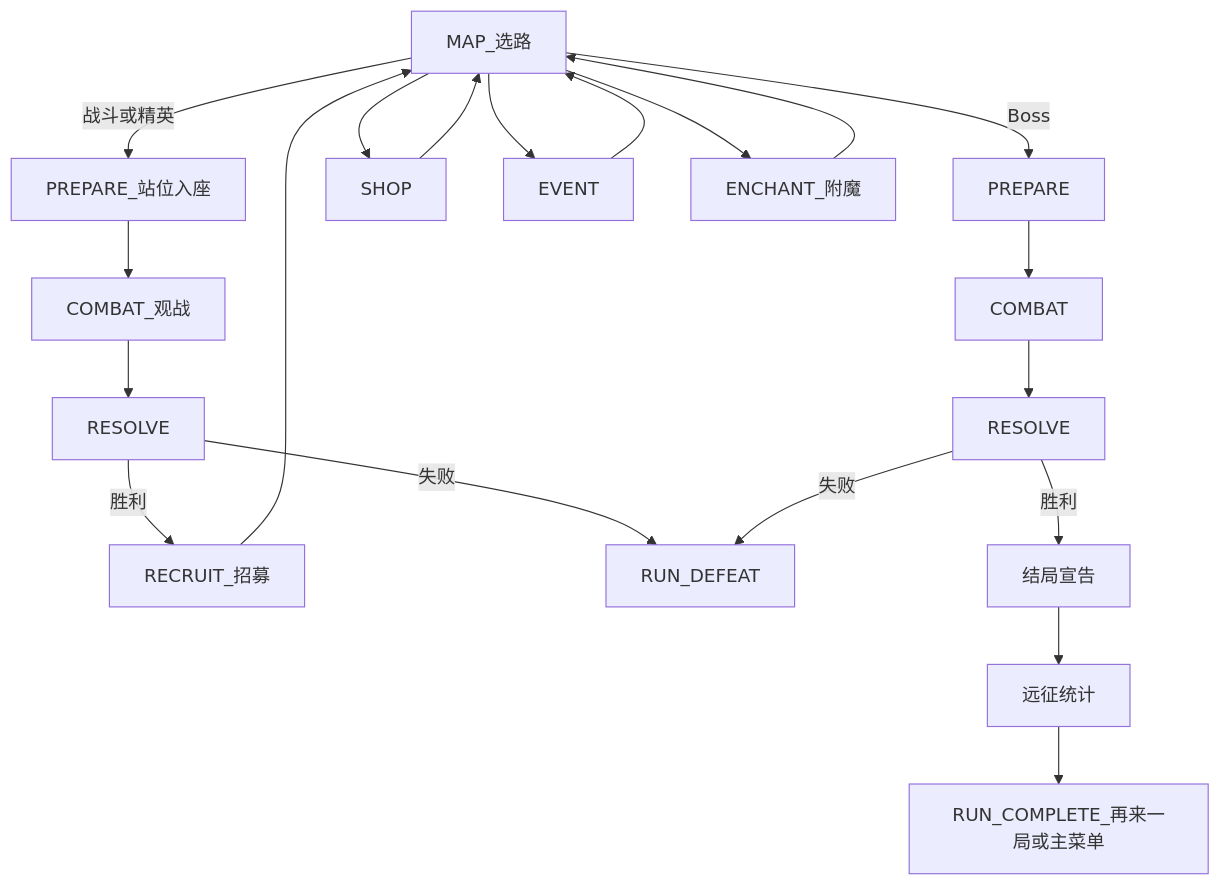
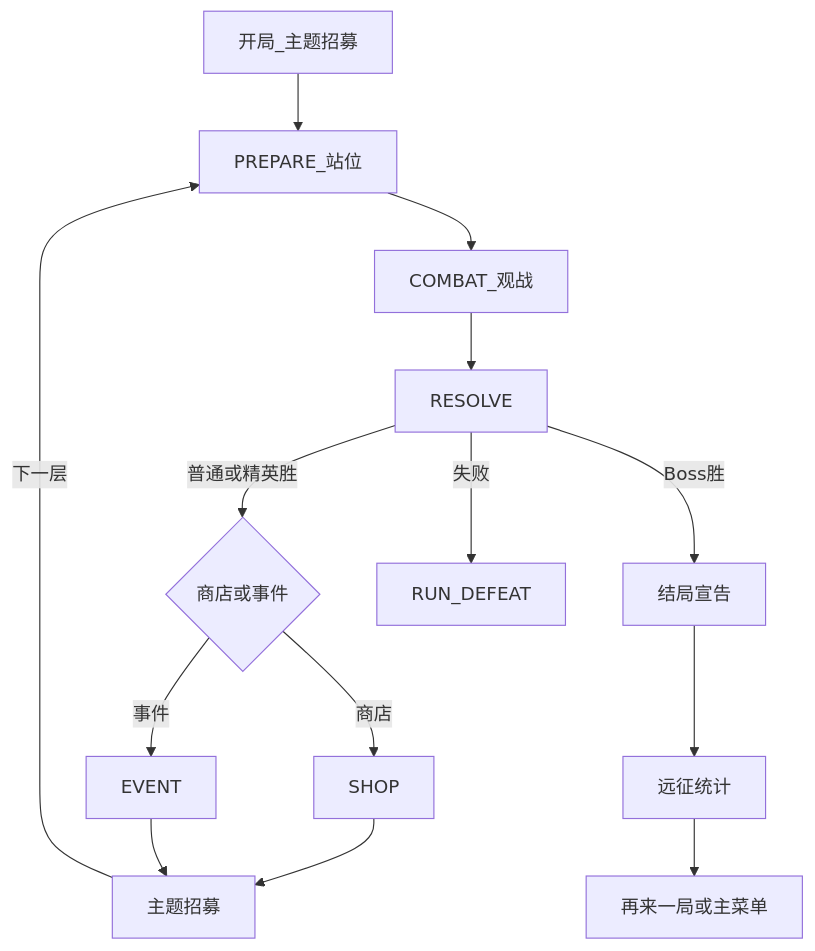
The diagram in Documents/GAME_VISION.md (Kanerickyz/project-autochess), drawn with Mermaid before and after one commit. The commit also changed other lines of this file and 14 other files, not shown here.

````diff
--- a/Documents/GAME_VISION.md
+++ b/Documents/GAME_VISION.md
@@ -105,14 +114,15 @@
 ```mermaid
 flowchart TD
-    Map[MAP_选路] -->|战斗或精英| Prep[PREPARE_站位入座] --> Combat[COMBAT_观战] --> Resolve[RESOLVE]
-    Resolve -->|胜利| Recruit[RECRUIT_招募] --> Map
+    OpenRecruit[开局_主题招募] --> FloorCombat[PREPARE_站位]
+    FloorCombat --> Combat[COMBAT_观战] --> Resolve[RESOLVE]
+    Resolve -->|普通或精英胜| Choice{商店或事件}
+    Choice -->|商店| Shop[SHOP]
+    Choice -->|事件| Event[EVENT]
+    Shop --> Recruit[主题招募]
+    Event --> Recruit
+    Recruit -->|下一层| FloorCombat
+    Resolve -->|Boss胜| RunResult[结局宣告]
+    RunResult --> RunStats[远征统计]
+    RunStats --> RunComplete[再来一局或主菜单]
     Resolve -->|失败| RunDefeat[RUN_DEFEAT]
-    Map -->|Boss| BossPrep[PREPARE] --> BossCombat[COMBAT] --> BossResolve[RESOLVE]
-    BossResolve -->|胜利| RunResult[结局宣告]
-    RunResult --> RunStats[远征统计]
-    RunStats --> RunComplete[RUN_COMPLETE_再来一局或主菜单]
-    BossResolve -->|失败| RunDefeat
-    Map --> ShopNode[SHOP] --> Map
-    Map --> Event[EVENT] --> Map
-    Map --> Enchant[ENCHANT_附魔] --> Map
 ```
````
